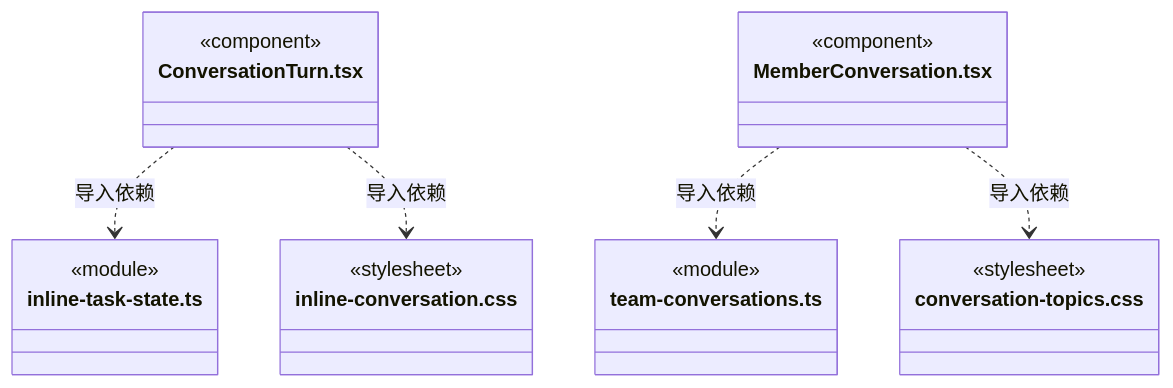
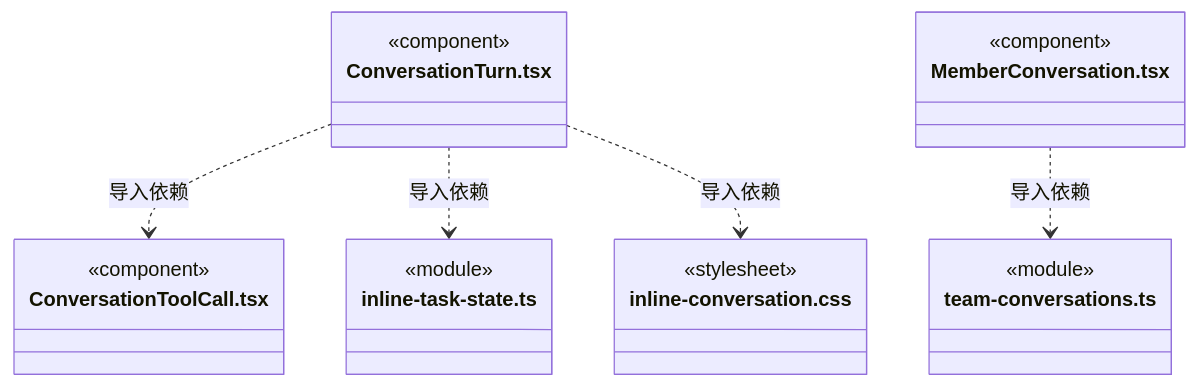
Diagram 50 of 54 in src/view/conversation/ARCHITECTURE.md (nan023062/cbim), drawn with Mermaid before and after one commit. The commit also changed other lines of this file and 19 other files, not shown here.

````diff
--- a/src/view/conversation/ARCHITECTURE.md
+++ b/src/view/conversation/ARCHITECTURE.md
@@ -710,25 +800,25 @@
 ```mermaid
 classDiagram
 class N_src_view_conversation_ConversationTurn_tsx["ConversationTurn.tsx"] {
+  <<component>>
+}
+class N_src_view_conversation_ConversationToolCall_tsx["ConversationToolCall.tsx"] {
   <<component>>
 }
 class N_src_view_conversation_inline_task_state_ts["inline-task-state.ts"] {
   <<module>>
 }
 class N_src_view_conversation_inline_conversation_css["inline-conversation.css"] {
   <<stylesheet>>
 }
 class N_src_view_conversation_MemberConversation_tsx["MemberConversation.tsx"] {
   <<component>>
 }
 class N_src_view_conversation_team_conversations_ts["team-conversations.ts"] {
   <<module>>
 }
-class N_src_view_conversation_conversation_topics_css["conversation-topics.css"] {
-  <<stylesheet>>
-}
+N_src_view_conversation_ConversationTurn_tsx ..> N_src_view_conversation_ConversationToolCall_tsx : 导入依赖
 N_src_view_conversation_ConversationTurn_tsx ..> N_src_view_conversation_inline_task_state_ts : 导入依赖
 N_src_view_conversation_ConversationTurn_tsx ..> N_src_view_conversation_inline_conversation_css : 导入依赖
 N_src_view_conversation_MemberConversation_tsx ..> N_src_view_conversation_team_conversations_ts : 导入依赖
-N_src_view_conversation_MemberConversation_tsx ..> N_src_view_conversation_conversation_topics_css : 导入依赖
 ```
````
